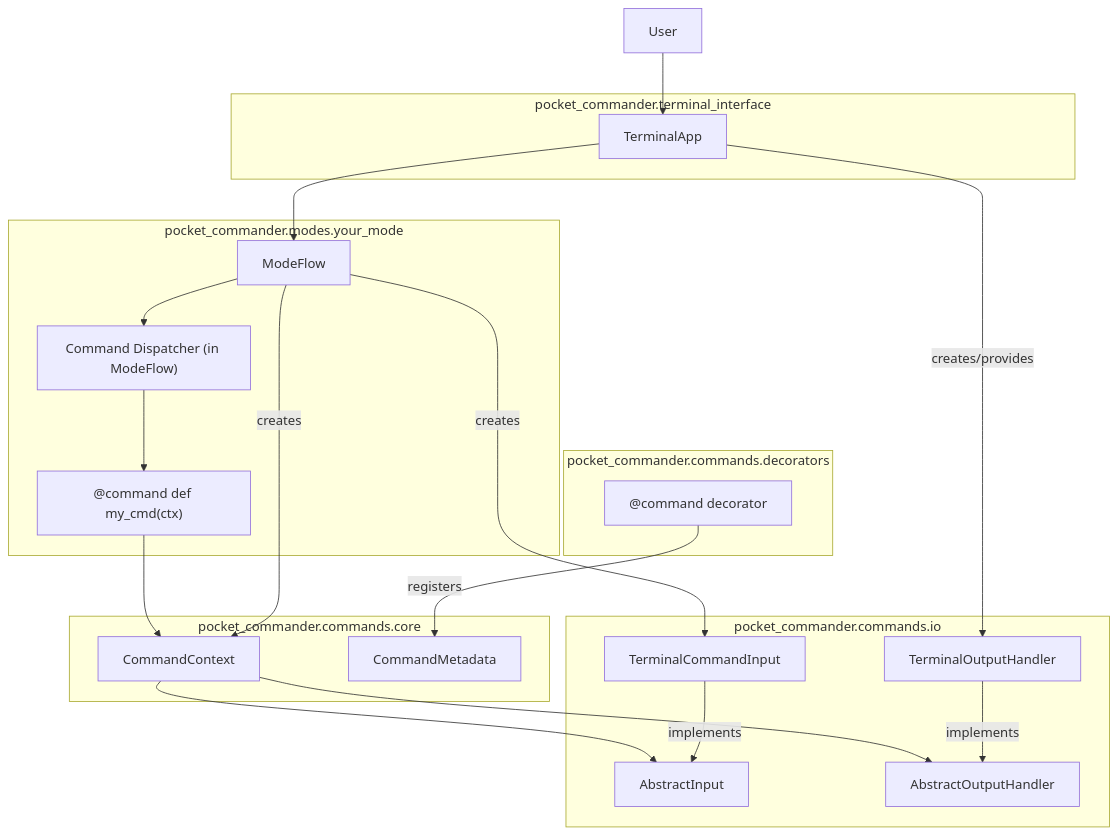
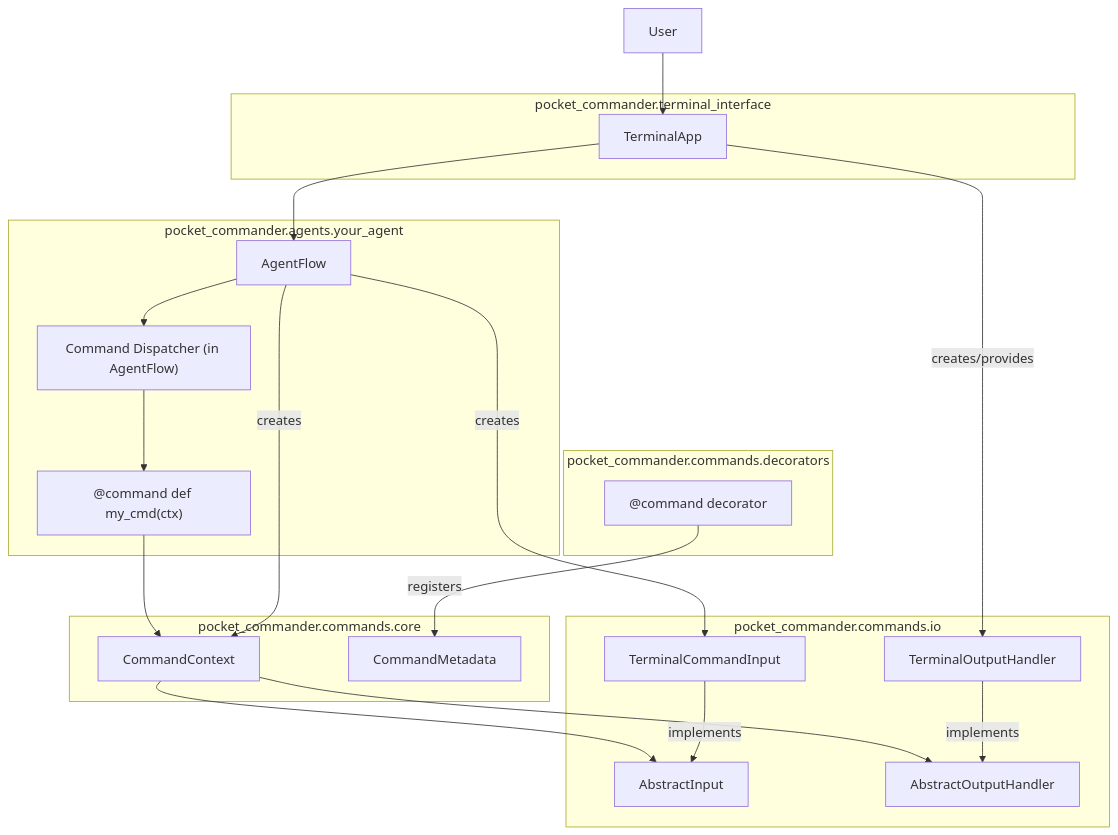
One commit to petarkabashki/pocket-commander changed the first of 2 diagrams in docs/command_system_plan.md. Above: the diagram before and after it, drawn with Mermaid. The commit also changed other lines of this file and 53 other files, not shown here.

````diff
--- a/docs/command_system_plan.md
+++ b/docs/command_system_plan.md
@@ -118,43 +118,43 @@
 ```mermaid
 graph TD
     User --> TerminalApp
-    TerminalApp --> ModeFlow
-    ModeFlow --> CommandDispatcher
+    TerminalApp --> AgentFlow
+    AgentFlow --> CommandDispatcher
     CommandDispatcher --> CommandFunction
     CommandFunction --> CommandContext
     CommandContext --> AbstractInput
     CommandContext --> AbstractOutputHandler
 
     subgraph "pocket_commander.terminal_interface"
         TerminalApp
     end
 
-    subgraph "pocket_commander.modes.your_mode"
-        ModeFlow
-        CommandDispatcher["Command Dispatcher (in ModeFlow)"]
+    subgraph "pocket_commander.agents.your_agent"
+        AgentFlow
+        CommandDispatcher["Command Dispatcher (in AgentFlow)"]
         CommandFunction["@command def my_cmd(ctx)"]
     end
 
     subgraph "pocket_commander.commands.core"
         CommandContext
         CommandMetadata
     end
 
     subgraph "pocket_commander.commands.io"
         AbstractInput
         AbstractOutputHandler
         TerminalCommandInput
         TerminalOutputHandler
     end
 
     subgraph "pocket_commander.commands.decorators"
         CommandDecorator["@command decorator"]
     end
 
     CommandDecorator -- registers --> CommandMetadata
     TerminalCommandInput -- implements --> AbstractInput
     TerminalOutputHandler -- implements --> AbstractOutputHandler
     TerminalApp -- creates/provides --> TerminalOutputHandler
-    ModeFlow -- creates --> TerminalCommandInput
-    ModeFlow -- creates --> CommandContext
+    AgentFlow -- creates --> TerminalCommandInput
+    AgentFlow -- creates --> CommandContext
 ```
````
